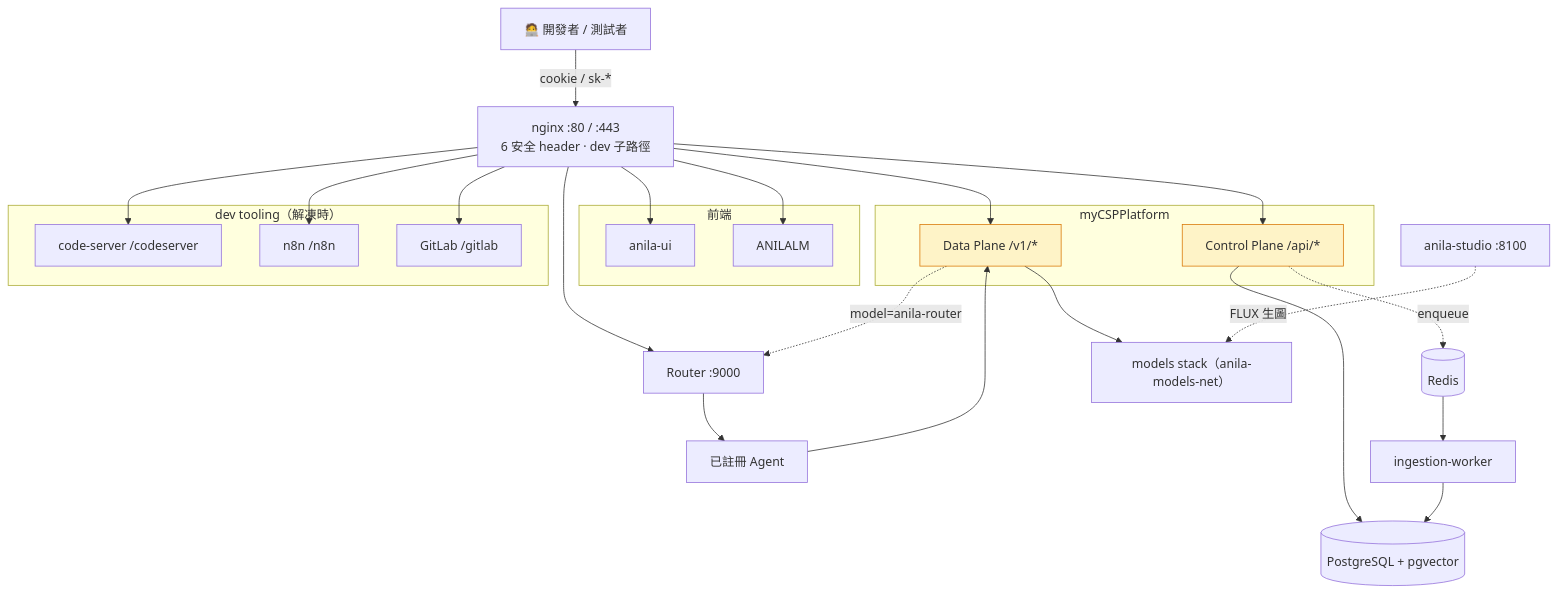
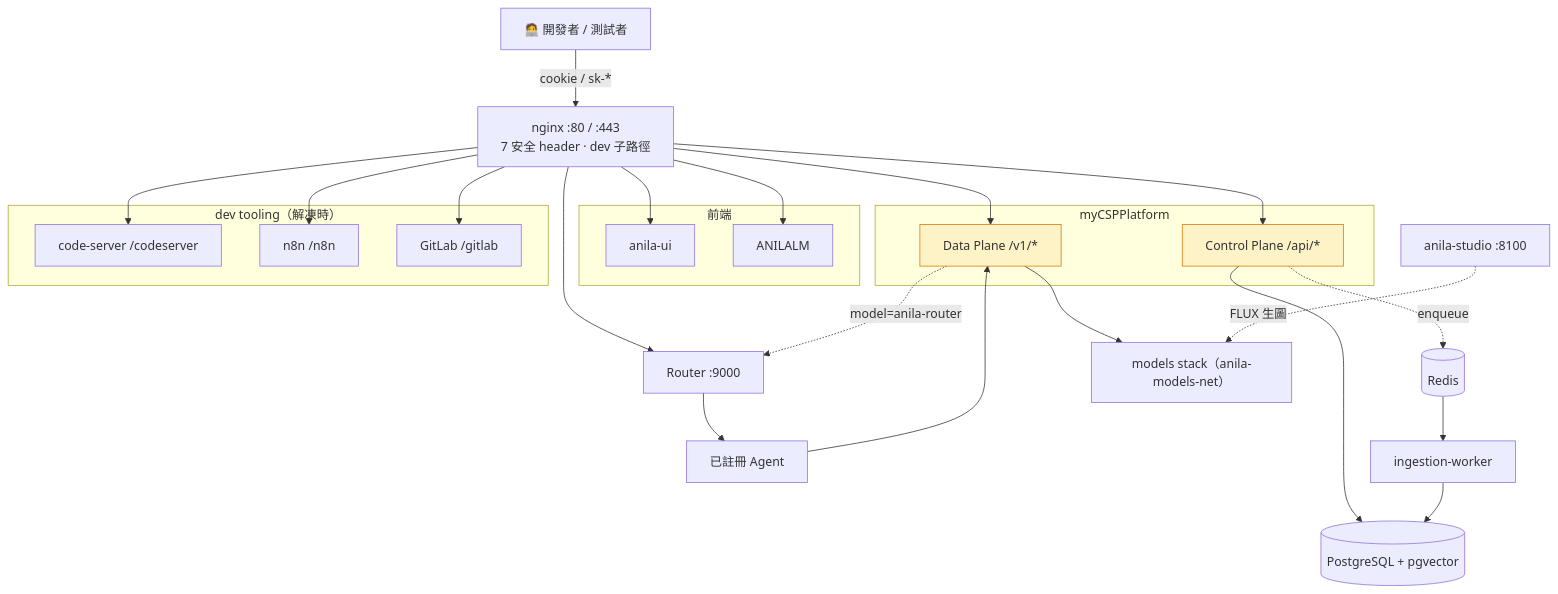
Before and after one commit to zzw09773/ANILA: the diagram in README.md, drawn with Mermaid. The commit also changed other lines of this file and 29 other files, not shown here.

````diff
--- a/README.md
+++ b/README.md
@@ -57,39 +57,39 @@
 ```mermaid
 flowchart TB
     devs["🧑‍💻 開發者 / 測試者"]
-    nginx["nginx :80 / :443<br/>6 安全 header · dev 子路徑"]
+    nginx["nginx :80 / :443<br/>7 安全 header · dev 子路徑"]
 
     subgraph spas["前端"]
         anila_ui["anila-ui"]
         anilalm["ANILALM"]
     end
 
     subgraph csp["myCSPPlatform"]
         csp_ctrl["Control Plane /api/*"]
         csp_data["Data Plane /v1/*"]
     end
 
     subgraph devtools["dev tooling（解凍時）"]
         codeserver["code-server /codeserver"]
         n8n["n8n /n8n"]
         gitlab["GitLab /gitlab"]
     end
 
     studio["anila-studio :8100"]
     router_core["Router :9000"]
     agents["已註冊 Agent"]
     redis[("Redis")]
     worker["ingestion-worker"]
     llm["models stack（anila-models-net）"]
     db[("PostgreSQL + pgvector")]
 
     devs -->|cookie / sk-*| nginx --> anila_ui & anilalm & csp_ctrl & csp_data & router_core & codeserver & n8n & gitlab
     csp_data -.->|model=anila-router| router_core --> agents --> csp_data
     csp_ctrl --> db
     csp_data --> llm
     csp_ctrl -.->|enqueue| redis --> worker --> db
     studio -.->|FLUX 生圖| llm
 
     classDef plane fill:#fef3c7,stroke:#d97706
     class csp_ctrl,csp_data plane
 ```
````
